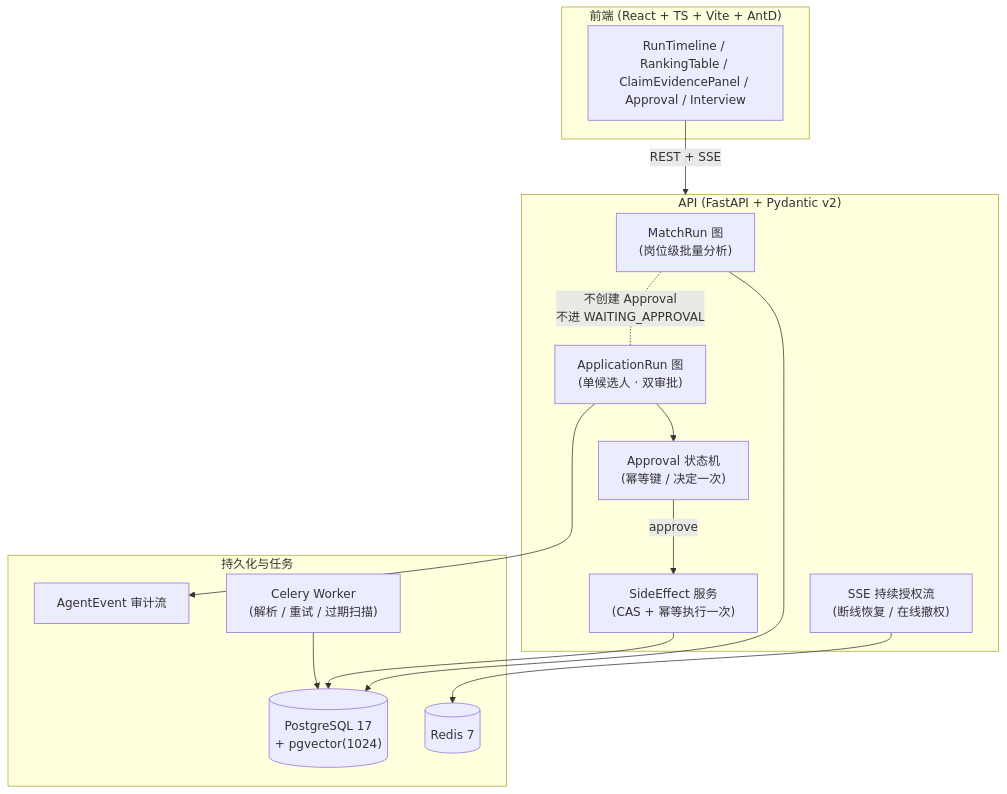
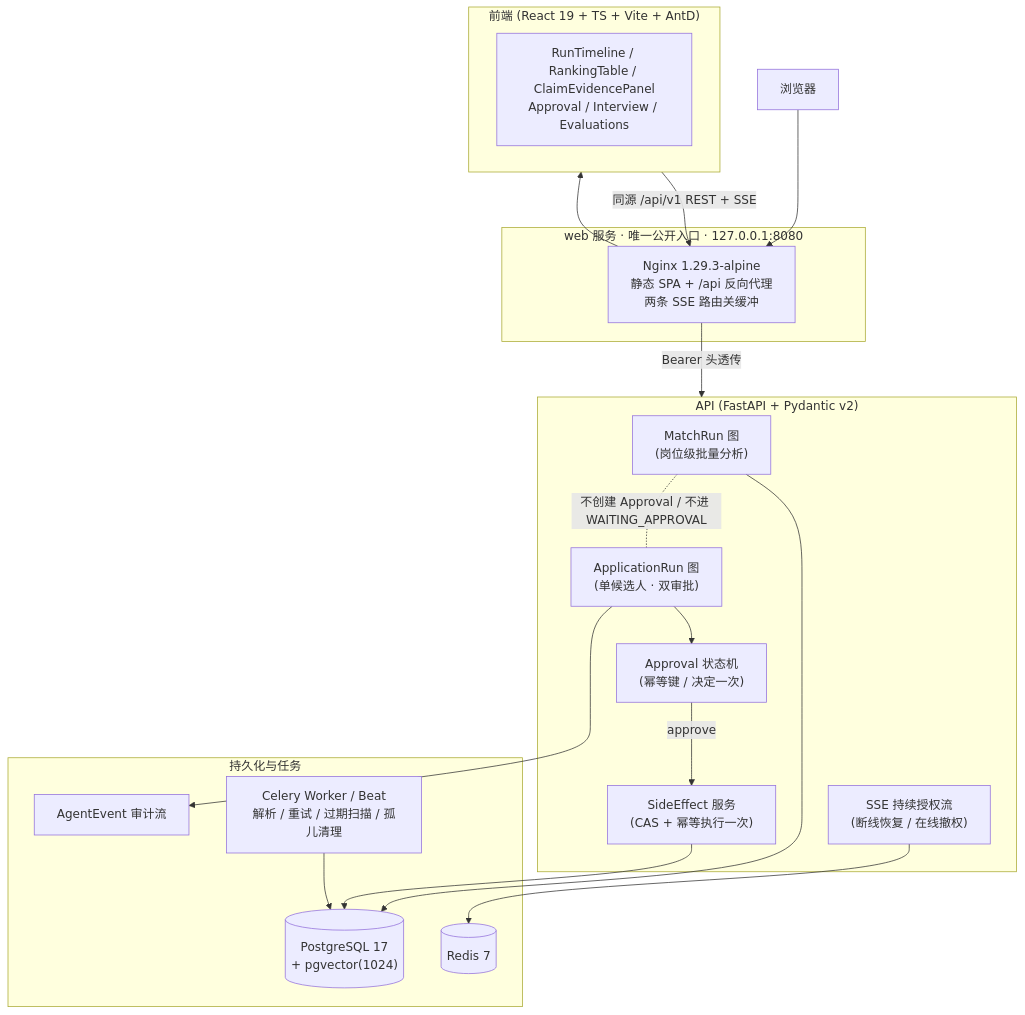
One commit to lans12138/resume-copilot changed the diagram in README.md. Above: the diagram before and after it, drawn with Mermaid. The commit also changed other lines of this file and 1 other file, not shown here.

````diff
--- a/README.md
+++ b/README.md
@@ -19,31 +19,40 @@
 ```mermaid
 flowchart TB
-    subgraph Browser["前端 (React + TS + Vite + AntD)"]
-        UI["RunTimeline / RankingTable / ClaimEvidencePanel / Approval / Interview"]
+    BROWSER["浏览器"]
+
+    subgraph WEB["web 服务 · 唯一公开入口 · 127.0.0.1:8080"]
+        NGX["Nginx 1.29.3-alpine<br/>静态 SPA + /api 反向代理<br/>两条 SSE 路由关缓冲"]
+    end
+
+    subgraph FRONTEND["前端 (React 19 + TS + Vite + AntD)"]
+        UI["RunTimeline / RankingTable / ClaimEvidencePanel<br/>Approval / Interview / Evaluations"]
     end
 
     subgraph API["API (FastAPI + Pydantic v2)"]
         RG["MatchRun 图<br/>(岗位级批量分析)"]
         AG["ApplicationRun 图<br/>(单候选人 · 双审批)"]
         SSE["SSE 持续授权流<br/>(断线恢复 / 在线撤权)"]
         APP["Approval 状态机<br/>(幂等键 / 决定一次)"]
         SE["SideEffect 服务<br/>(CAS + 幂等执行一次)"]
     end
 
-    subgraph State["持久化与任务"]
+    subgraph STATE["持久化与任务"]
         PG[("PostgreSQL 17<br/>+ pgvector(1024)")]
         EV["AgentEvent 审计流"]
         REDIS[("Redis 7")]
-        CELERY["Celery Worker<br/>(解析 / 重试 / 过期扫描)"]
+        CELERY["Celery Worker / Beat<br/>解析 / 重试 / 过期扫描 / 孤儿清理"]
     end
 
-    UI -- "REST + SSE" --> API
+    BROWSER --> NGX
+    NGX --> FRONTEND
+    FRONTEND -- "同源 /api/v1 REST + SSE" --> NGX
+    NGX -- "Bearer 头透传" --> API
     RG --> PG
     AG --> APP
     APP -- "approve" --> SE
     SE --> PG
     AG --> EV
     SSE --> REDIS
     CELERY --> PG
-    RG -. 不创建 Approval<br/>不进 WAITING_APPROVAL .- AG
+    RG -. "不创建 Approval / 不进 WAITING_APPROVAL" .- AG
 ```
````
